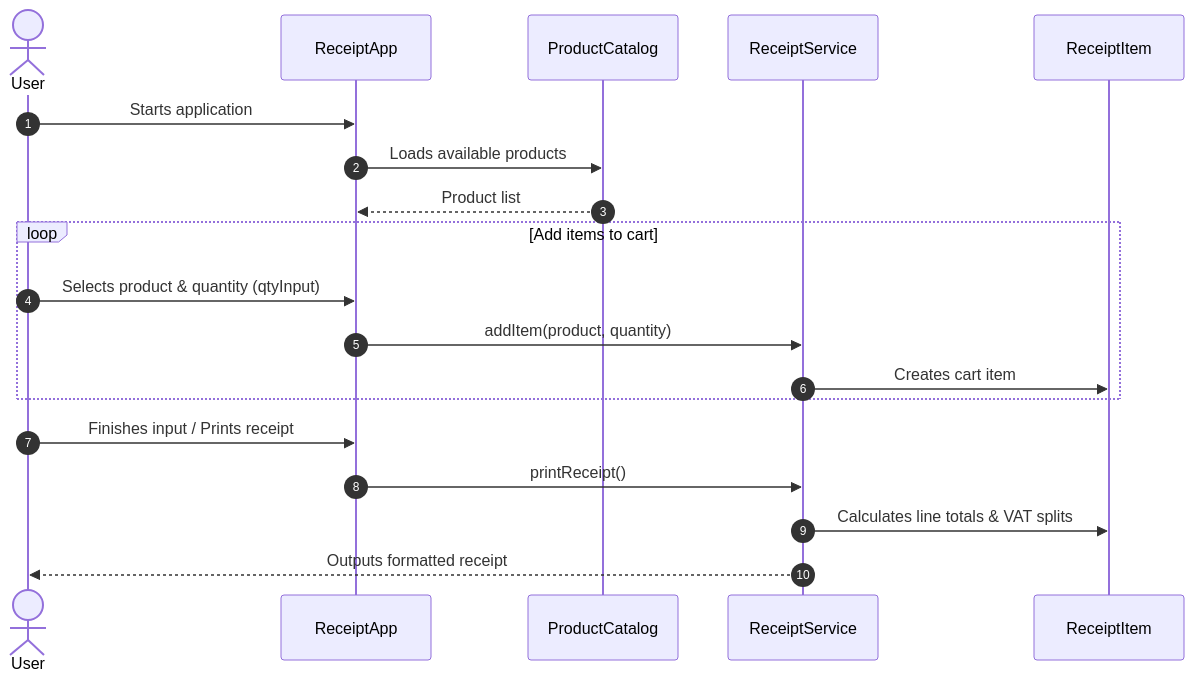
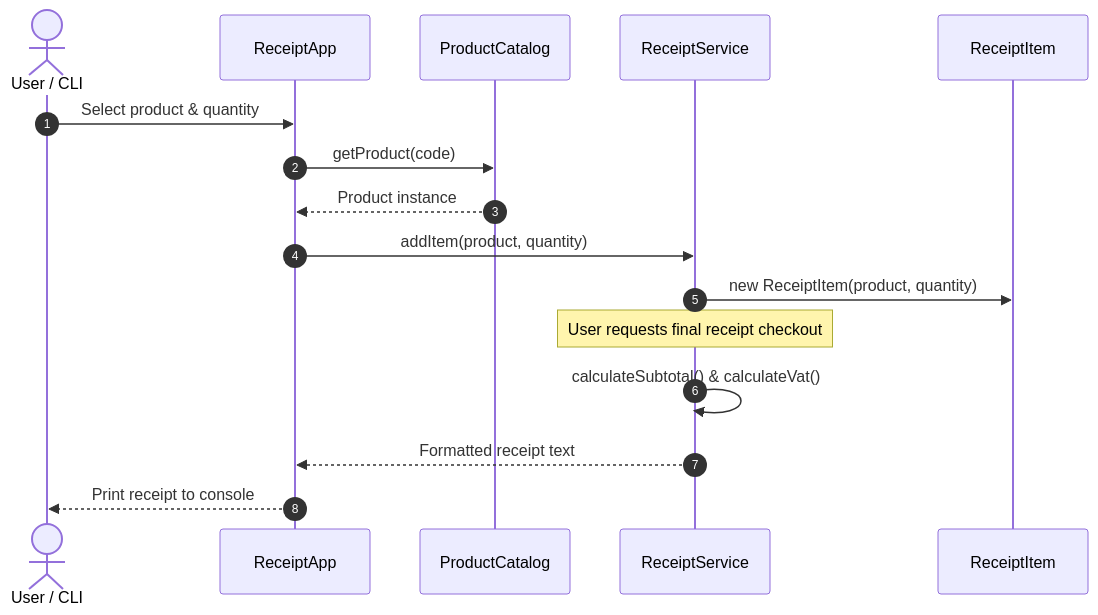
Before and after one commit to AMetolli/java-1z0-811-projects: the second of 2 diagrams in 01-receipt-generator/README.md, drawn with Mermaid. The commit also changed other lines of this file, not shown here.

````diff
--- a/01-receipt-generator/README.md
+++ b/01-receipt-generator/README.md
@@ -30,24 +65,21 @@
 ```mermaid
 sequenceDiagram
     autonumber
-    actor User
-    participant ReceiptApp
-    participant ProductCatalog
-    participant ReceiptService
-    participant ReceiptItem
+    actor User as User / CLI
+    participant App as ReceiptApp
+    participant Catalog as ProductCatalog
+    participant Service as ReceiptService
+    participant Item as ReceiptItem
 
-    User->>ReceiptApp: Starts application
-    ReceiptApp->>ProductCatalog: Loads available products
-    ProductCatalog-->>ReceiptApp: Product list
+    User->>App: Select product & quantity
+    App->>Catalog: getProduct(code)
+    Catalog-->>App: Product instance
+    App->>Service: addItem(product, quantity)
+    Service->>Item: new ReceiptItem(product, quantity)
     
-    loop Add items to cart
-        User->>ReceiptApp: Selects product & quantity (qtyInput)
-        ReceiptApp->>ReceiptService: addItem(product, quantity)
-        ReceiptService->>ReceiptItem: Creates cart item
-    end
-
-    User->>ReceiptApp: Finishes input / Prints receipt
-    ReceiptApp->>ReceiptService: printReceipt()
-    ReceiptService->>ReceiptItem: Calculates line totals & VAT splits
-    ReceiptService-->>User: Outputs formatted receipt
+    Note over Service: User requests final receipt checkout
+    
+    Service->>Service: calculateSubtotal() & calculateVat()
+    Service-->>App: Formatted receipt text
+    App-->>User: Print receipt to console
 ```
````
